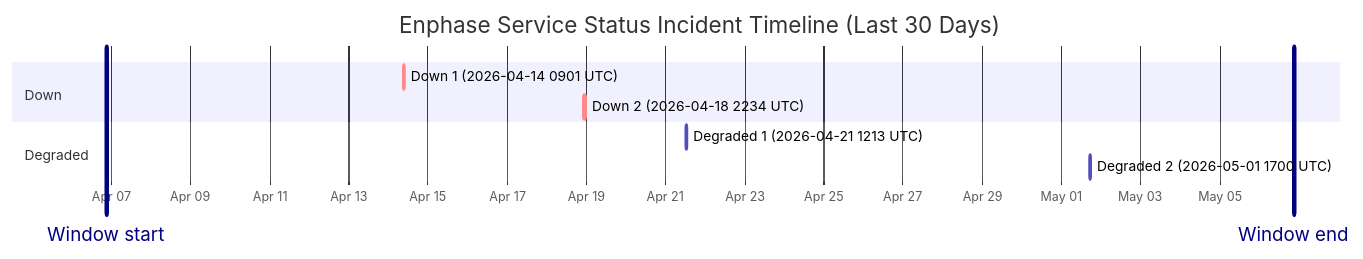
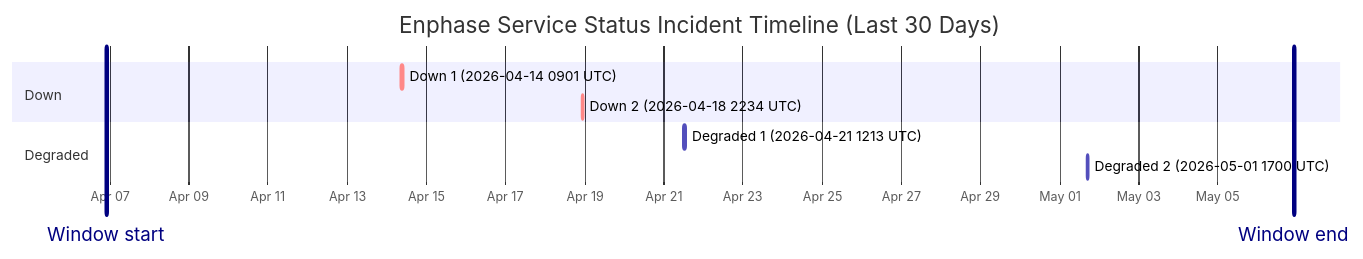
Before and after one commit to barneyonline/ha-enphase-ev-charger: the diagram in wiki/Service-Status-History.md, drawn with Mermaid. The commit also changed other lines of this file and 3 other files, not shown here.

````diff
--- a/wiki/Service-Status-History.md
+++ b/wiki/Service-Status-History.md
@@ -14,14 +14,14 @@
 ```mermaid
 gantt
     title Enphase Service Status Incident Timeline (Last 30 Days)
     dateFormat  YYYY-MM-DDTHH:mm:ss
     axisFormat  %b %d
-    Window start :vert, window-start, 2026-04-06T20:52:28, 0ms
-    Window end :vert, window-end, 2026-05-06T20:52:28, 0ms
+    Window start :vert, window-start, 2026-04-06T21:55:55, 0ms
+    Window end :vert, window-end, 2026-05-06T21:55:55, 0ms
     section Down
     Down 1 (2026-04-14 0901 UTC) :crit, down-1, 2026-04-14T09:01:13, 60m
     Down 2 (2026-04-18 2234 UTC) :crit, down-2, 2026-04-18T22:34:13, 60m
     section Degraded
     Degraded 1 (2026-04-21 1213 UTC) :active, degraded-1, 2026-04-21T12:13:11, 60m
     Degraded 2 (2026-05-01 1700 UTC) :active, degraded-2, 2026-05-01T17:00:22, 60m
 ```
````
